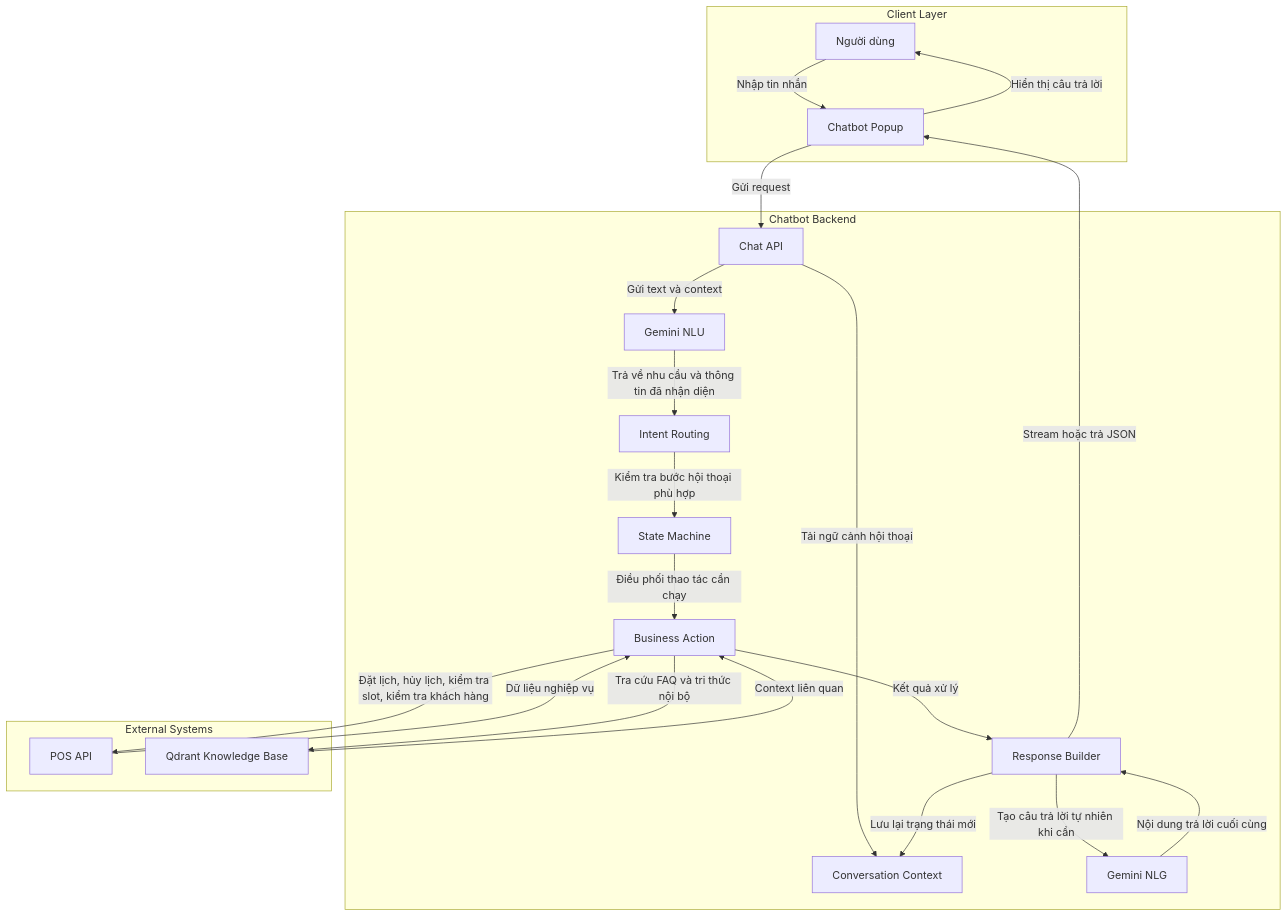
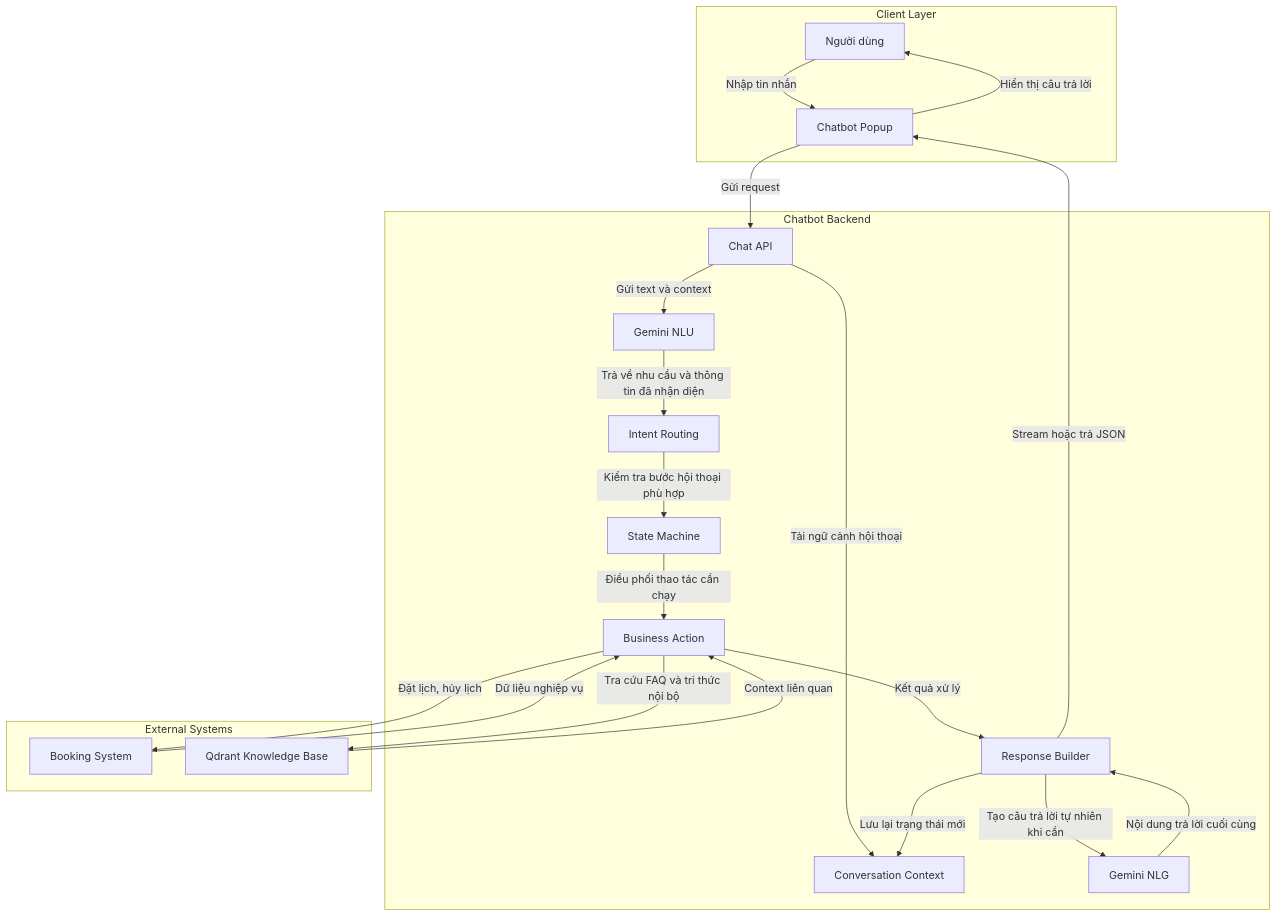
Before and after one commit to duy-debug/booking-AI-system: the second of 7 diagrams in booking-ai-chatbot/README.md, drawn with Mermaid. The commit also changed other lines of this file and 3 other files, not shown here.

````diff
--- a/booking-ai-chatbot/README.md
+++ b/booking-ai-chatbot/README.md
@@ -105,43 +116,43 @@
 ```mermaid
 flowchart TD
     subgraph CLIENT["Client Layer"]
         USER[Người dùng]
         POPUP[Chatbot Popup]
     end
 
     subgraph CHATBOT["Chatbot Backend"]
         API[Chat API]
         CONTEXT[Conversation Context]
         NLU[Gemini NLU]
         ROUTER[Intent Routing]
         FLOW[State Machine]
         ACTION[Business Action]
         RESPONSE[Response Builder]
         NLG[Gemini NLG]
     end
 
     subgraph EXTERNAL["External Systems"]
-        POS[POS API]
+        BOOKING_API[Booking System]
         QDRANT[Qdrant Knowledge Base]
     end
 
     USER -->|Nhập tin nhắn| POPUP
     POPUP -->|Gửi request| API
     API -->|Tải ngữ cảnh hội thoại| CONTEXT
     API -->|Gửi text và context| NLU
     NLU -->|Trả về nhu cầu và thông tin đã nhận diện| ROUTER
     ROUTER -->|Kiểm tra bước hội thoại phù hợp| FLOW
     FLOW -->|Điều phối thao tác cần chạy| ACTION
 
-    ACTION -->|Đặt lịch, hủy lịch, kiểm tra slot, kiểm tra khách hàng| POS
+    ACTION -->|Đặt lịch, hủy lịch| BOOKING_API
     ACTION -->|Tra cứu FAQ và tri thức nội bộ| QDRANT
-    POS -->|Dữ liệu nghiệp vụ| ACTION
+    BOOKING_API -->|Dữ liệu nghiệp vụ| ACTION
     QDRANT -->|Context liên quan| ACTION
 
     ACTION -->|Kết quả xử lý| RESPONSE
     RESPONSE -->|Tạo câu trả lời tự nhiên khi cần| NLG
     NLG -->|Nội dung trả lời cuối cùng| RESPONSE
     RESPONSE -->|Lưu lại trạng thái mới| CONTEXT
     RESPONSE -->|Stream hoặc trả JSON| POPUP
     POPUP -->|Hiển thị câu trả lời| USER
 ```
````
